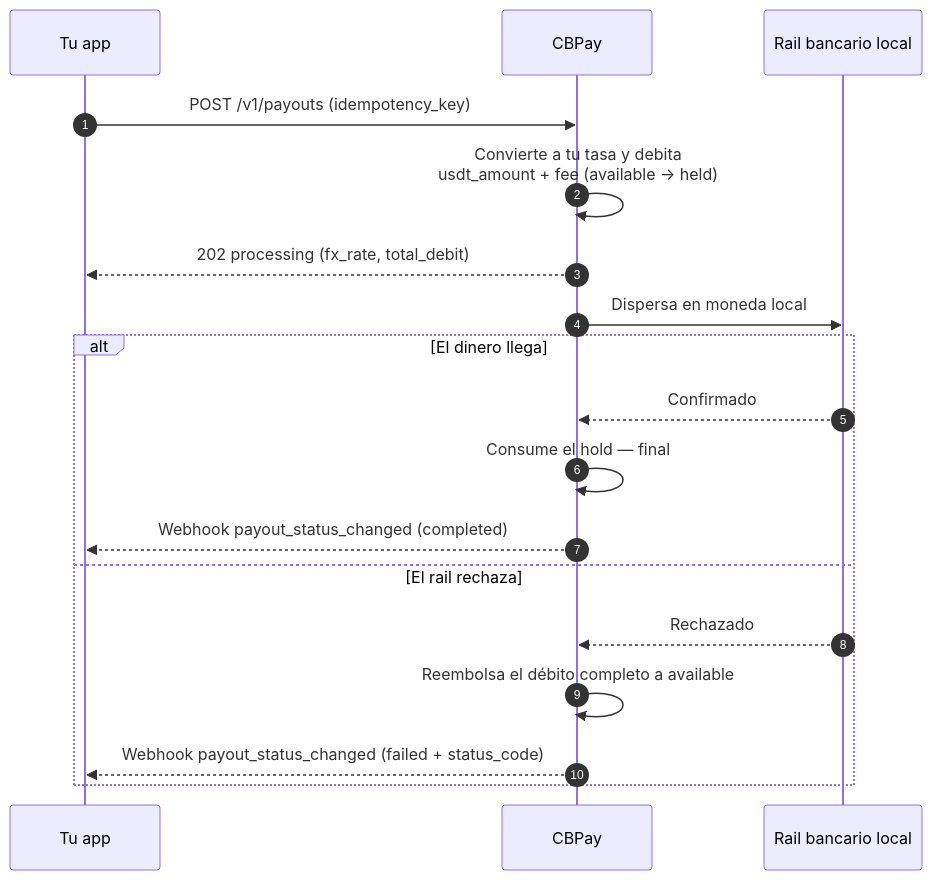
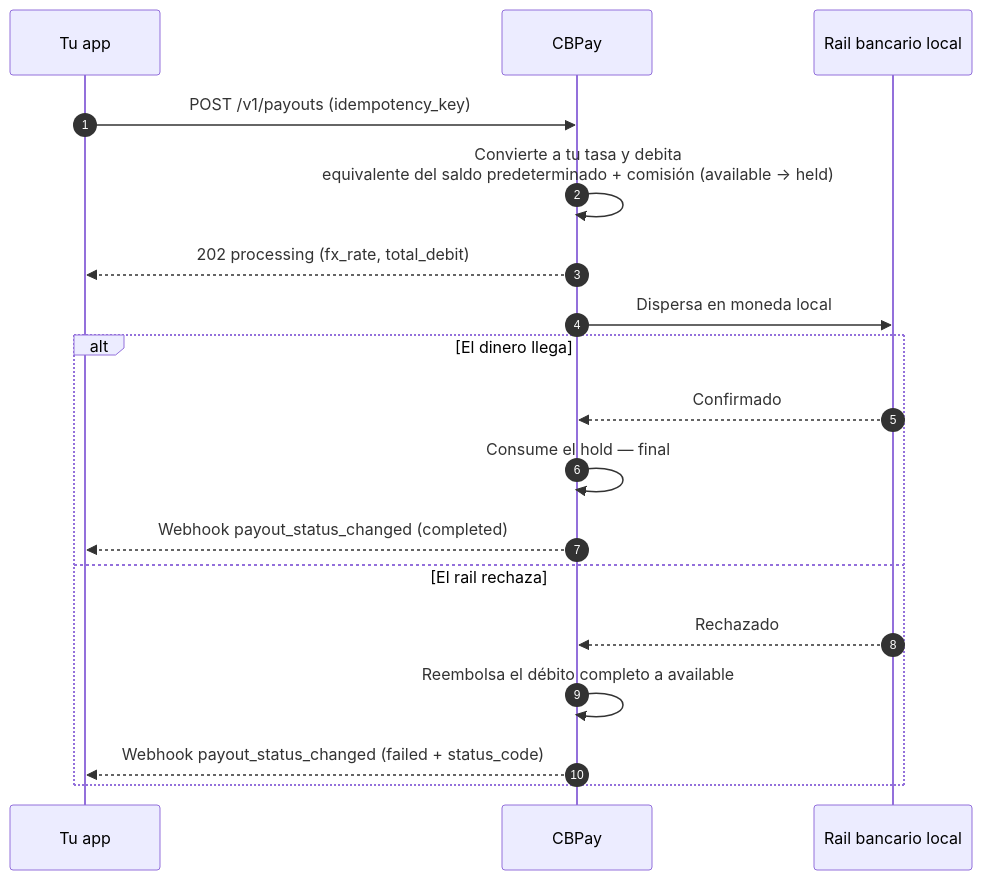
One commit to CBpayapp/cbpay-docs changed the diagram in docs-mintlify/cbpay/mcp-pack/recipes/es/payouts.md. Above: the diagram before and after it, drawn with Mermaid. The commit also changed other lines of this file and 113 other files, not shown here.

First line of the commit message:
Docs saldo-predet-usd: CBPay USD principal + legacy USDT (#337)

````diff
--- a/docs-mintlify/cbpay/mcp-pack/recipes/es/payouts.md
+++ b/docs-mintlify/cbpay/mcp-pack/recipes/es/payouts.md
@@ -19,20 +20,20 @@
 ```mermaid
 sequenceDiagram
     autonumber
     participant App as Tu app
     participant CB as CBPay
     participant Rail as Rail bancario local
     App->>CB: POST /v1/payouts (idempotency_key)
-    CB->>CB: Convierte a tu tasa y debita<br/>usdt_amount + fee (available → held)
+    CB->>CB: Convierte a tu tasa y debita<br/>equivalente del saldo predeterminado + comisión (available → held)
     CB-->>App: 202 processing (fx_rate, total_debit)
     CB->>Rail: Dispersa en moneda local
     alt El dinero llega
         Rail-->>CB: Confirmado
         CB->>CB: Consume el hold — final
         CB-->>App: Webhook payout_status_changed (completed)
     else El rail rechaza
         Rail-->>CB: Rechazado
         CB->>CB: Reembolsa el débito completo a available
         CB-->>App: Webhook payout_status_changed (failed + status_code)
     end
 ```
````
